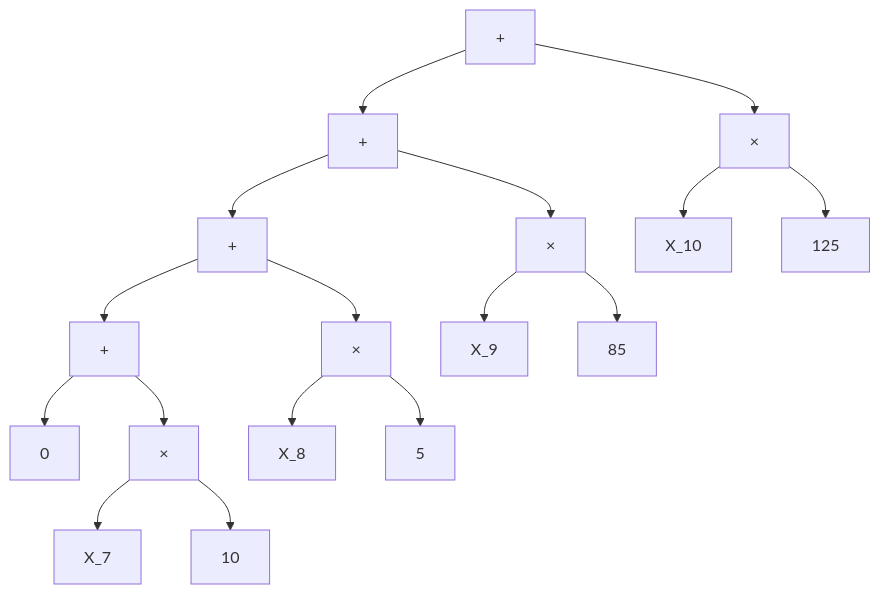
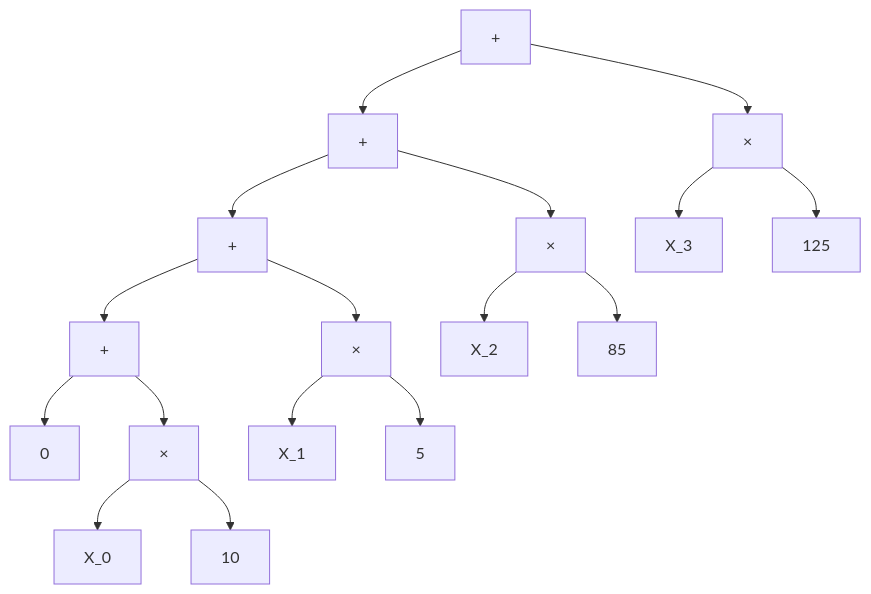
The first of 5 diagrams in gnark-transpiler/go/stage1_circuit.ast.md (defi-wonderland/jolt), drawn with Mermaid before and after one commit. The commit also changed other lines of this file and 11 other files, not shown here.

````diff
--- a/gnark-transpiler/go/stage1_circuit.ast.md
+++ b/gnark-transpiler/go/stage1_circuit.ast.md
@@ -5,36 +5,36 @@
 ```mermaid
 graph TD
-    N29["+"]
-    N29 --> N26
-    N26["+"]
-    N26 --> N23
-    N23["+"]
-    N23 --> N20
-    N20["+"]
-    L20_0["0"]
-    N20 --> L20_0
-    N20 --> N19
-    N19["×"]
-    L19_0["X_7"]
-    N19 --> L19_0
-    L19_1["10"]
-    N19 --> L19_1
-    N23 --> N22
-    N22["×"]
-    L22_0["X_8"]
-    N22 --> L22_0
-    L22_1["5"]
-    N22 --> L22_1
-    N26 --> N25
-    N25["×"]
-    L25_0["X_9"]
-    N25 --> L25_0
-    L25_1["85"]
-    N25 --> L25_1
-    N29 --> N28
-    N28["×"]
-    L28_0["X_10"]
-    N28 --> L28_0
-    L28_1["125"]
-    N28 --> L28_1
+    N33["+"]
+    N33 --> N30
+    N30["+"]
+    N30 --> N27
+    N27["+"]
+    N27 --> N24
+    N24["+"]
+    L24_0["0"]
+    N24 --> L24_0
+    N24 --> N23
+    N23["×"]
+    L23_0["X_0"]
+    N23 --> L23_0
+    L23_1["10"]
+    N23 --> L23_1
+    N27 --> N26
+    N26["×"]
+    L26_0["X_1"]
+    N26 --> L26_0
+    L26_1["5"]
+    N26 --> L26_1
+    N30 --> N29
+    N29["×"]
+    L29_0["X_2"]
+    N29 --> L29_0
+    L29_1["85"]
+    N29 --> L29_1
+    N33 --> N32
+    N32["×"]
+    L32_0["X_3"]
+    N32 --> L32_0
+    L32_1["125"]
+    N32 --> L32_1
 ```
````
